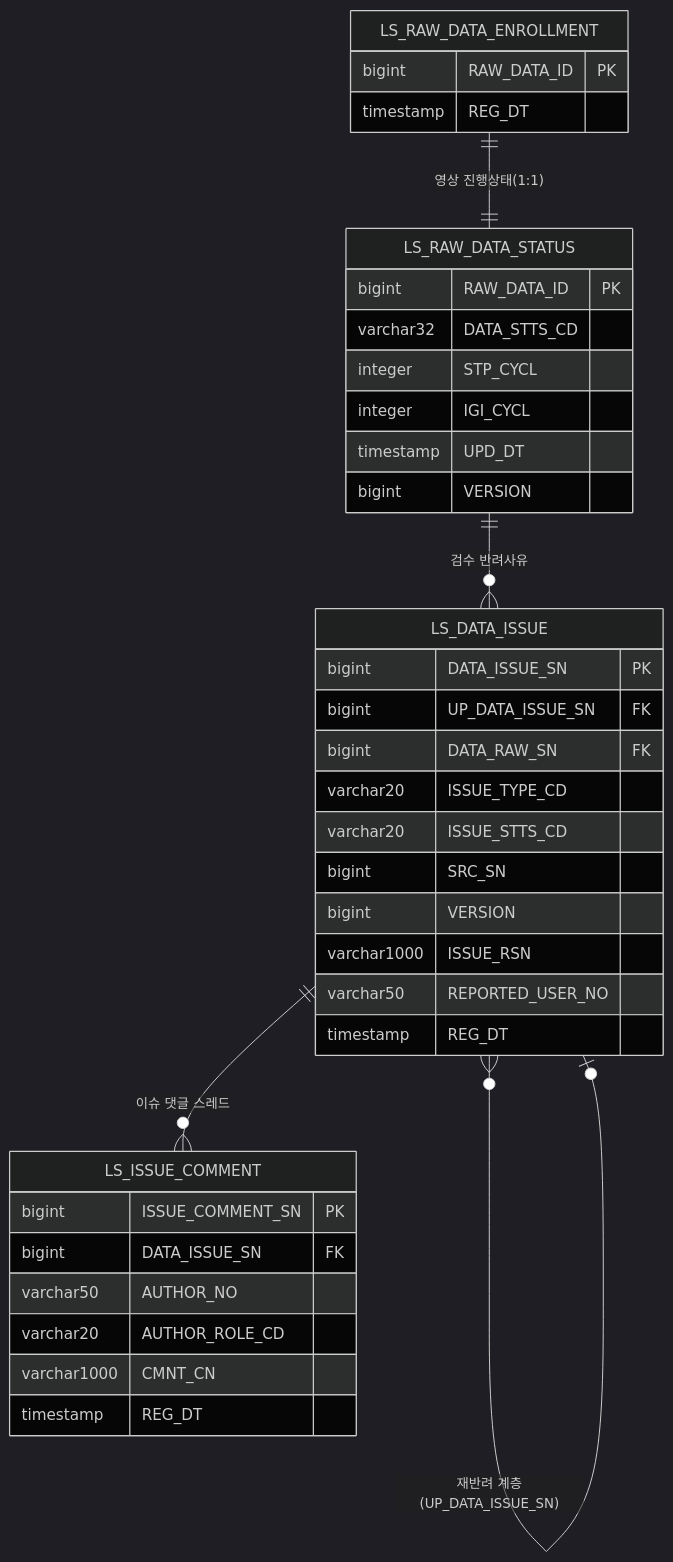
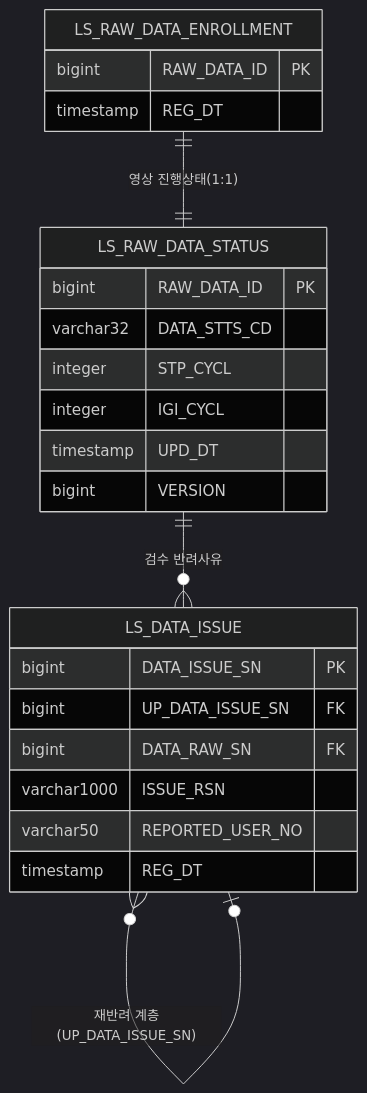
The sixth of 12 diagrams in docs/design/D8-엔티티관계모형설계서.md (New-stella/klid-label), drawn with Mermaid (dark theme) before and after one commit. The commit also changed other lines of this file and 1 other file, not shown here.

````diff
--- a/docs/design/D8-엔티티관계모형설계서.md
+++ b/docs/design/D8-엔티티관계모형설계서.md
@@ -337,41 +338,27 @@
 ```mermaid
 erDiagram
     LS_RAW_DATA_ENROLLMENT {
         bigint RAW_DATA_ID PK
         timestamp REG_DT
     }
     LS_RAW_DATA_STATUS {
         bigint RAW_DATA_ID PK
         varchar32 DATA_STTS_CD
         integer STP_CYCL
         integer IGI_CYCL
         timestamp UPD_DT
         bigint VERSION
     }
     LS_DATA_ISSUE {
         bigint DATA_ISSUE_SN PK
         bigint UP_DATA_ISSUE_SN FK
         bigint DATA_RAW_SN FK
-        varchar20 ISSUE_TYPE_CD
-        varchar20 ISSUE_STTS_CD
-        bigint SRC_SN
-        bigint VERSION
         varchar1000 ISSUE_RSN
         varchar50 REPORTED_USER_NO
-        timestamp REG_DT
-    }
-
-    LS_ISSUE_COMMENT {
-        bigint ISSUE_COMMENT_SN PK
-        bigint DATA_ISSUE_SN FK
-        varchar50 AUTHOR_NO
-        varchar20 AUTHOR_ROLE_CD
-        varchar1000 CMNT_CN
         timestamp REG_DT
     }
 
     LS_RAW_DATA_ENROLLMENT ||--|| LS_RAW_DATA_STATUS : "영상 진행상태(1:1)"
     LS_RAW_DATA_STATUS ||--o{ LS_DATA_ISSUE : "검수 반려사유"
     LS_DATA_ISSUE }o--o| LS_DATA_ISSUE : "재반려 계층(UP_DATA_ISSUE_SN)"
-    LS_DATA_ISSUE ||--o{ LS_ISSUE_COMMENT : "이슈 댓글 스레드"
 ```
````
